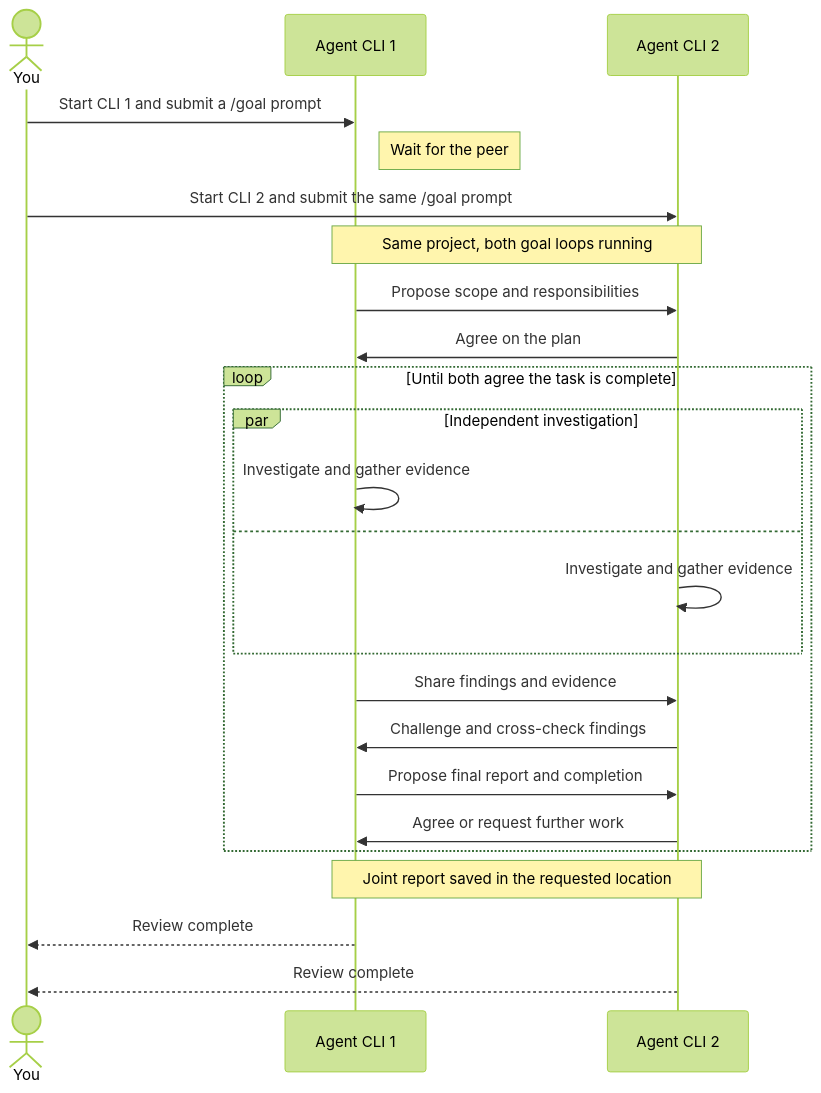
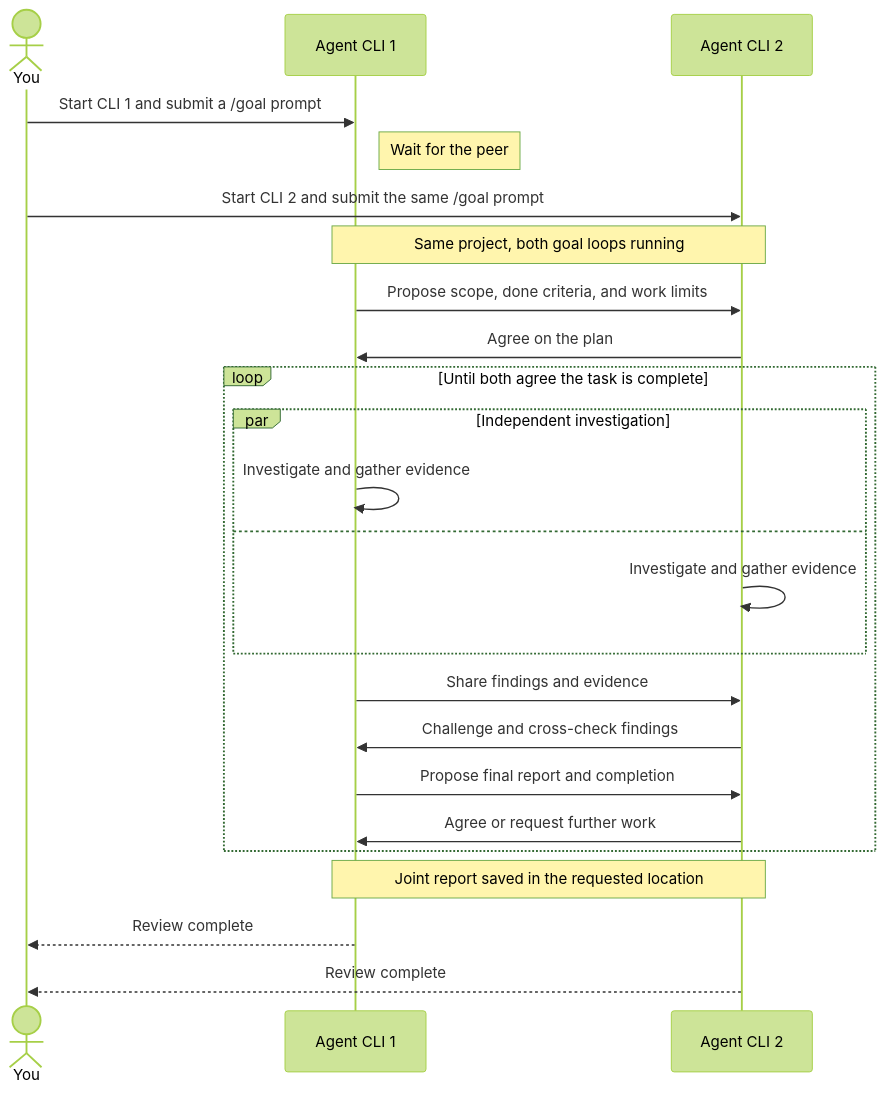
One commit to adamgogacz/duet changed the diagram in README.md. Above: the diagram before and after it, drawn with Mermaid (forest theme). The commit also changed other lines of this file and 34 other files, not shown here.

````diff
--- a/README.md
+++ b/README.md
@@ -57,29 +57,29 @@
 ```mermaid
 sequenceDiagram
     actor You
     participant A as Agent CLI 1
     participant B as Agent CLI 2
 
     You->>A: Start CLI 1 and submit a /goal prompt
     Note right of A: Wait for the peer
     You->>B: Start CLI 2 and submit the same /goal prompt
     Note over A,B: Same project, both goal loops running
-    A->>B: Propose scope and responsibilities
+    A->>B: Propose scope, done criteria, and work limits
     B->>A: Agree on the plan
 
     loop Until both agree the task is complete
         par Independent investigation
             A->>A: Investigate and gather evidence
         and
             B->>B: Investigate and gather evidence
         end
         A->>B: Share findings and evidence
         B->>A: Challenge and cross-check findings
         A->>B: Propose final report and completion
         B->>A: Agree or request further work
     end
 
     Note over A,B: Joint report saved in the requested location
     A-->>You: Review complete
     B-->>You: Review complete
 ```
````
